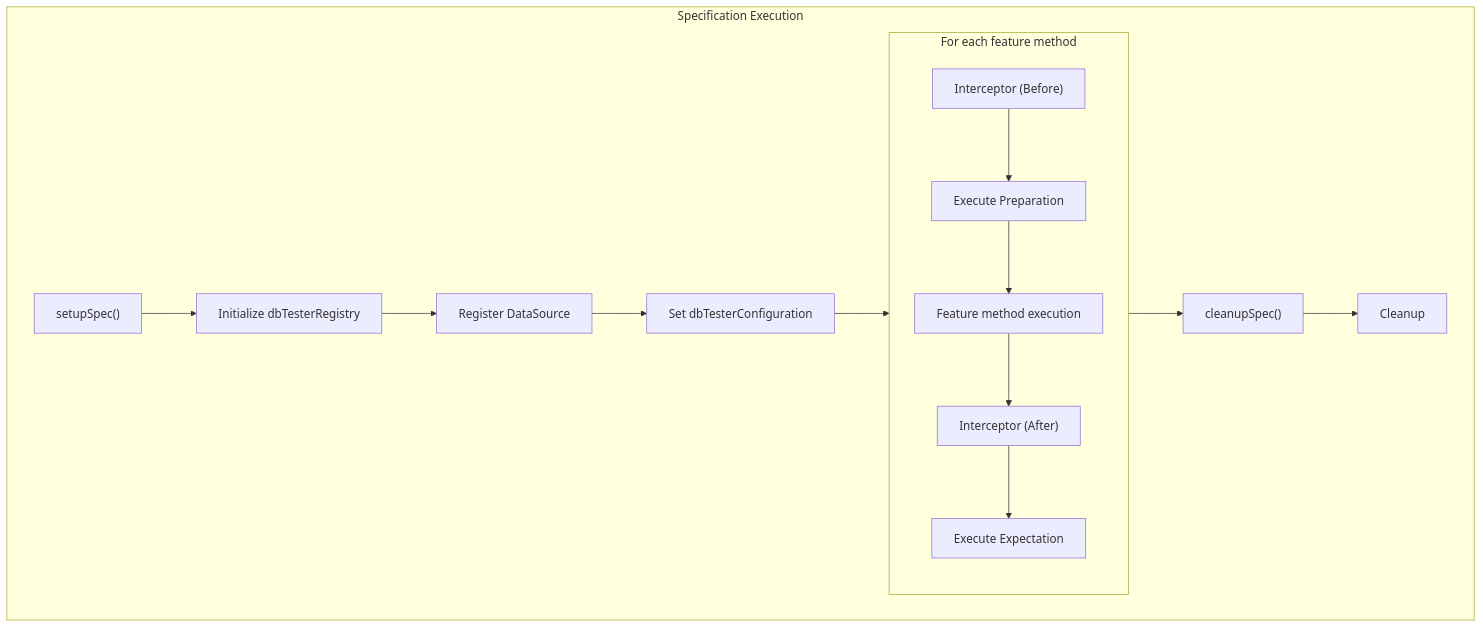
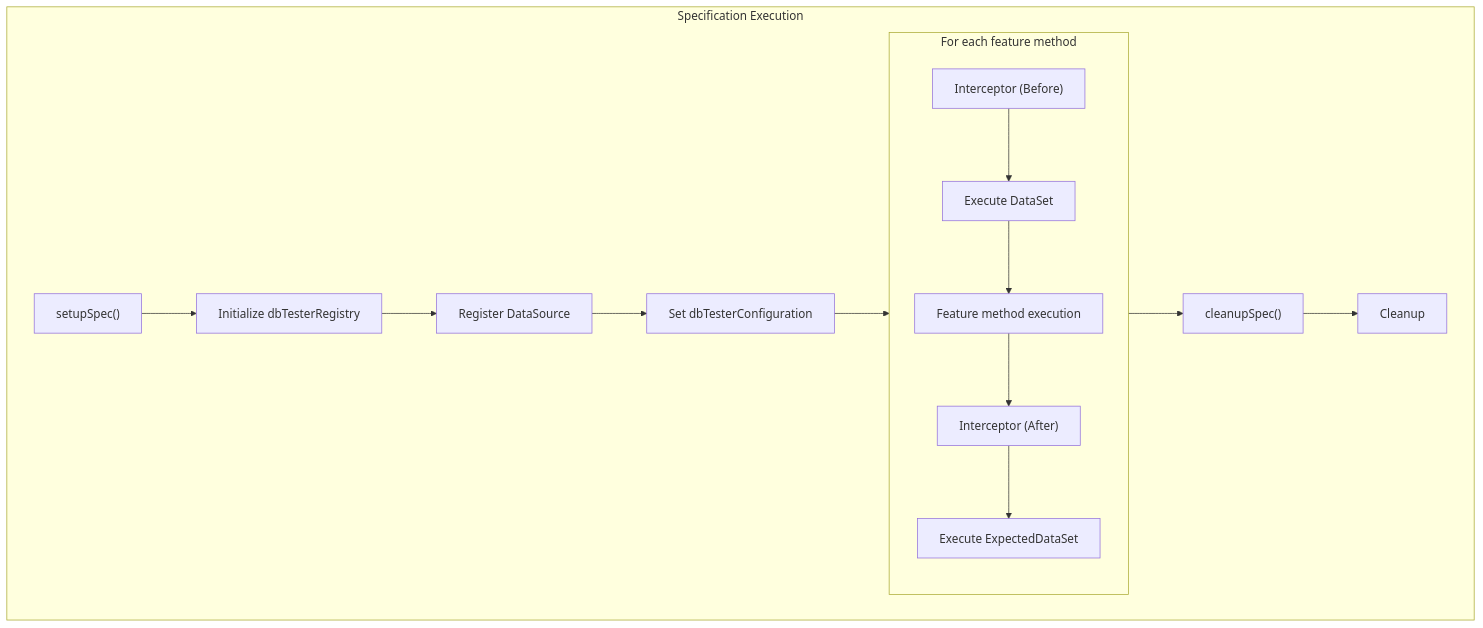
Before and after one commit to dkazi/db-tester: the second of 3 diagrams in docs/specs/07-test-frameworks.md, drawn with Mermaid. The commit also changed other lines of this file and 198 other files, not shown here.

````diff
--- a/docs/specs/07-test-frameworks.md
+++ b/docs/specs/07-test-frameworks.md
@@ -525,21 +525,21 @@
 ```mermaid
 flowchart TD
     subgraph Specification Execution
         SS["setupSpec()"]
         SS --> SS1[Initialize dbTesterRegistry]
         SS1 --> SS2[Register DataSource]
         SS2 --> SS3[Set dbTesterConfiguration]
 
         subgraph each["For each feature method"]
             INT1["Interceptor (Before)"]
-            INT1 --> INT1A["Execute Preparation"]
+            INT1 --> INT1A["Execute DataSet"]
             INT1A --> FM[Feature method execution]
             FM --> INT2["Interceptor (After)"]
-            INT2 --> INT2A["Execute Expectation"]
+            INT2 --> INT2A["Execute ExpectedDataSet"]
         end
 
         SS3 --> each
         each --> CS["cleanupSpec()"]
         CS --> CS1[Cleanup]
     end
 ```
````
